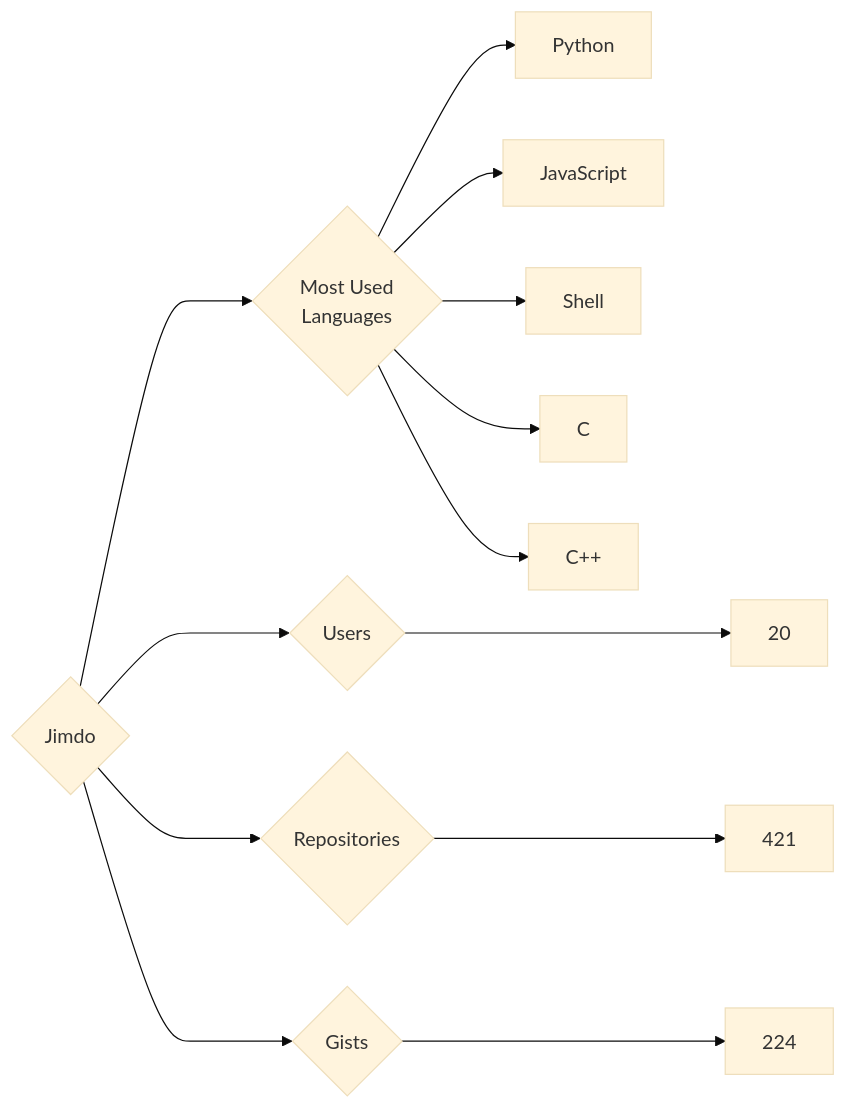
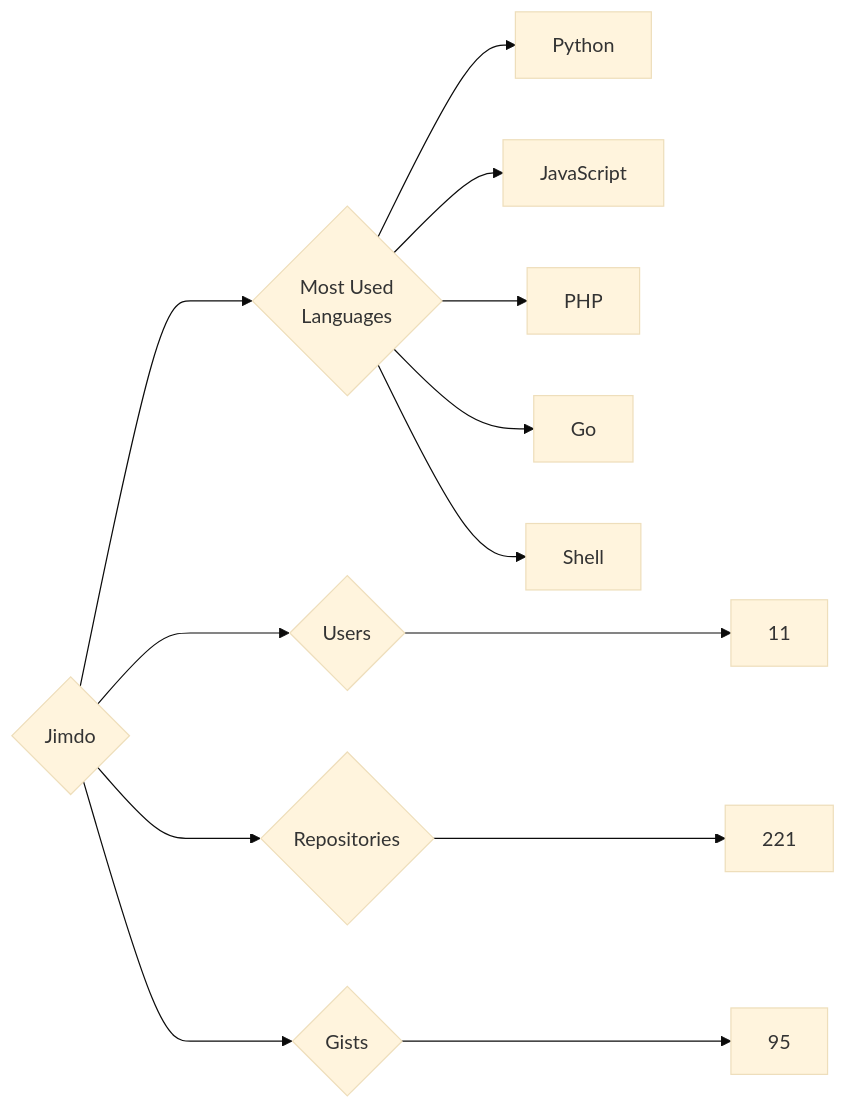
The diagram in targets/Jimdo/README.md (trickest/insiders), drawn with Mermaid (base theme) before and after one commit. The commit also changed 782 other files, not shown here.

````diff
--- a/targets/Jimdo/README.md
+++ b/targets/Jimdo/README.md
@@ -3,13 +3,13 @@
 ```mermaid
 graph LR
 COMPANY_NAME{Jimdo}
-COMPANY_NAME ---> U{Users} ---> UN[20]
-COMPANY_NAME ---> R{Repositories} ---> RN[421]
-COMPANY_NAME ---> G{Gists} ---> GN[224]
+COMPANY_NAME ---> U{Users} ---> UN[11]
+COMPANY_NAME ---> R{Repositories} ---> RN[221]
+COMPANY_NAME ---> G{Gists} ---> GN[95]
 COMPANY_NAME ---> ML{Most Used<br>Languages}
 ML --> Python[Python]
 ML --> JavaScript[JavaScript]
+ML --> PHP[PHP]
+ML --> Go[Go]
 ML --> Shell[Shell]
-ML --> C[C]
-ML --> C++[C++]
 ```
````
